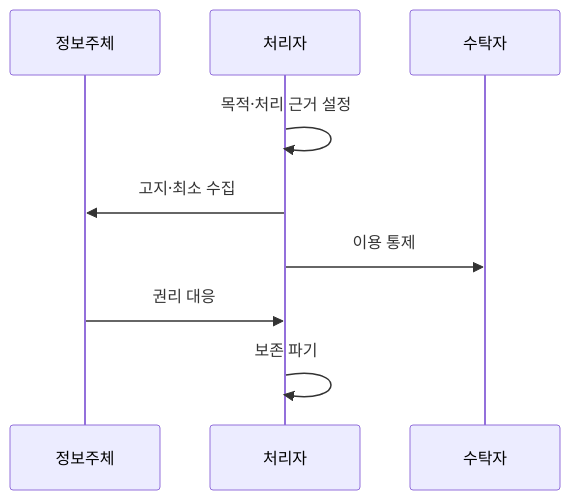
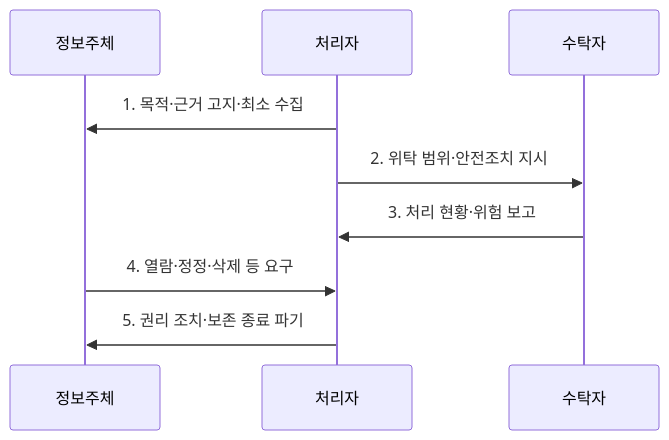
One commit to agnusdei1207/knowledge-base changed the second of 2 diagrams in src/content/docs/notes/07-law-policy/022_personal_information_protection_act.md. Above: the diagram before and after it, drawn with Mermaid. The commit also changed other lines of this file and 9 other files, not shown here.

````diff
--- a/src/content/docs/notes/07-law-policy/022_personal_information_protection_act.md
+++ b/src/content/docs/notes/07-law-policy/022_personal_information_protection_act.md
@@ -75,11 +75,11 @@
 ```mermaid
 sequenceDiagram
     participant 정보주체
     participant 처리자
     participant 수탁자
-    처리자->>처리자: 목적·처리 근거 설정
-    처리자->>정보주체: 고지·최소 수집
-    처리자->>수탁자: 이용 통제
-    정보주체->>처리자: 권리 대응
-    처리자->>처리자: 보존 파기
+    처리자->>정보주체: 1. 목적·근거 고지·최소 수집
+    처리자->>수탁자: 2. 위탁 범위·안전조치 지시
+    수탁자->>처리자: 3. 처리 현황·위험 보고
+    정보주체->>처리자: 4. 열람·정정·삭제 등 요구
+    처리자->>정보주체: 5. 권리 조치·보존 종료 파기
 ```
````
